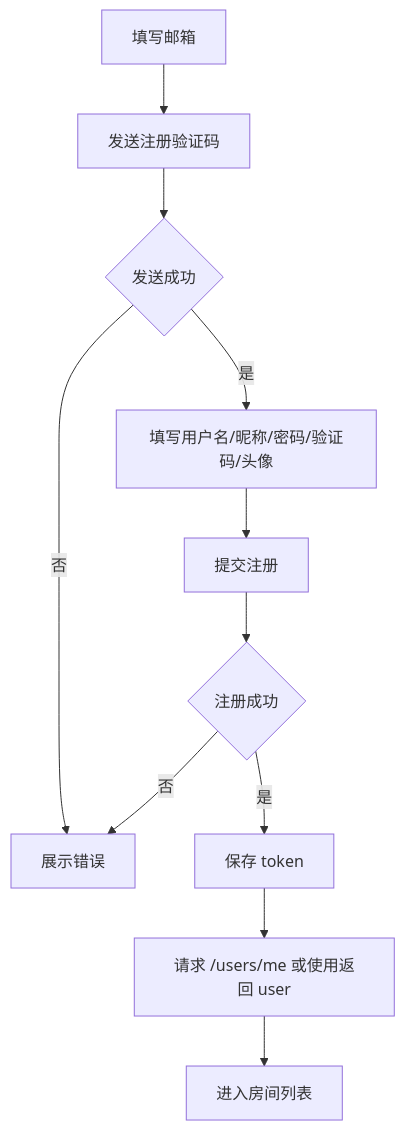
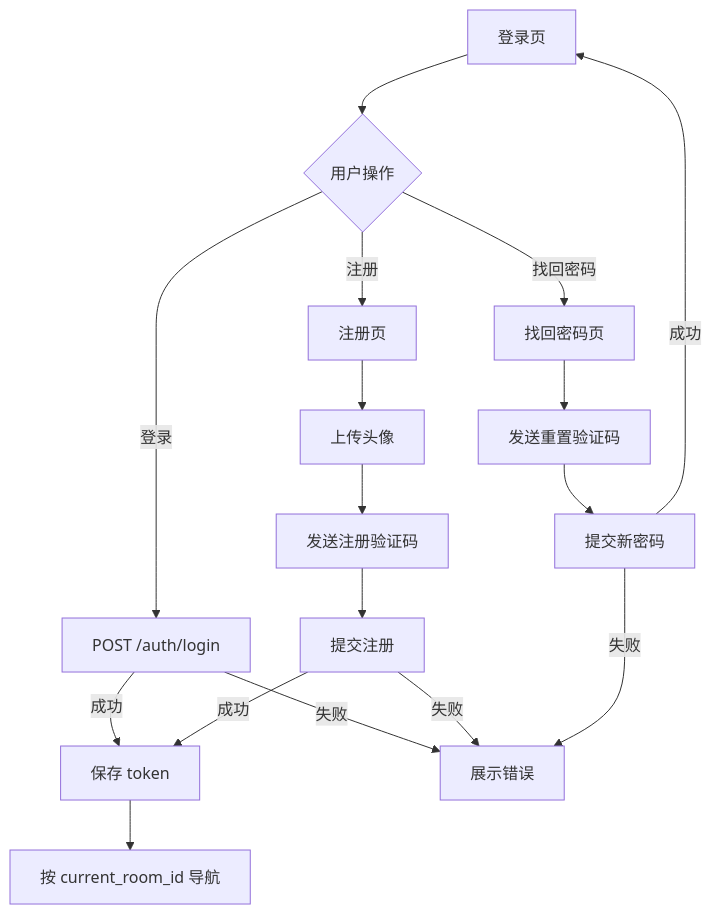
Before and after one commit to DancingCodes/room-app: the second of 9 diagrams in docs/客户端逻辑设计.md, drawn with Mermaid. The commit also changed other lines of this file and 1 other file, not shown here.

````diff
--- a/docs/客户端逻辑设计.md
+++ b/docs/客户端逻辑设计.md
@@ -58,13 +31,22 @@
 ```mermaid
 flowchart TD
-    A[填写邮箱] --> B[发送注册验证码]
-    B --> C{发送成功}
-    C -- 否 --> D[展示错误]
-    C -- 是 --> E[填写用户名/昵称/密码/验证码/头像]
-    E --> F[提交注册]
-    F --> G{注册成功}
-    G -- 否 --> D
-    G -- 是 --> H[保存 token]
-    H --> I[请求 /users/me 或使用返回 user]
-    I --> J[进入房间列表]
+    A[登录页] --> B{用户操作}
+    B -- 登录 --> C[POST /auth/login]
+    B -- 注册 --> D[注册页]
+    B -- 找回密码 --> E[找回密码页]
+
+    C -- 成功 --> F[保存 token]
+    F --> G[按 current_room_id 导航]
+    C -- 失败 --> H[展示错误]
+
+    D --> I[上传头像]
+    I --> J[发送注册验证码]
+    J --> K[提交注册]
+    K -- 成功 --> F
+    K -- 失败 --> H
+
+    E --> L[发送重置验证码]
+    L --> M[提交新密码]
+    M -- 成功 --> A
+    M -- 失败 --> H
 ```
````
